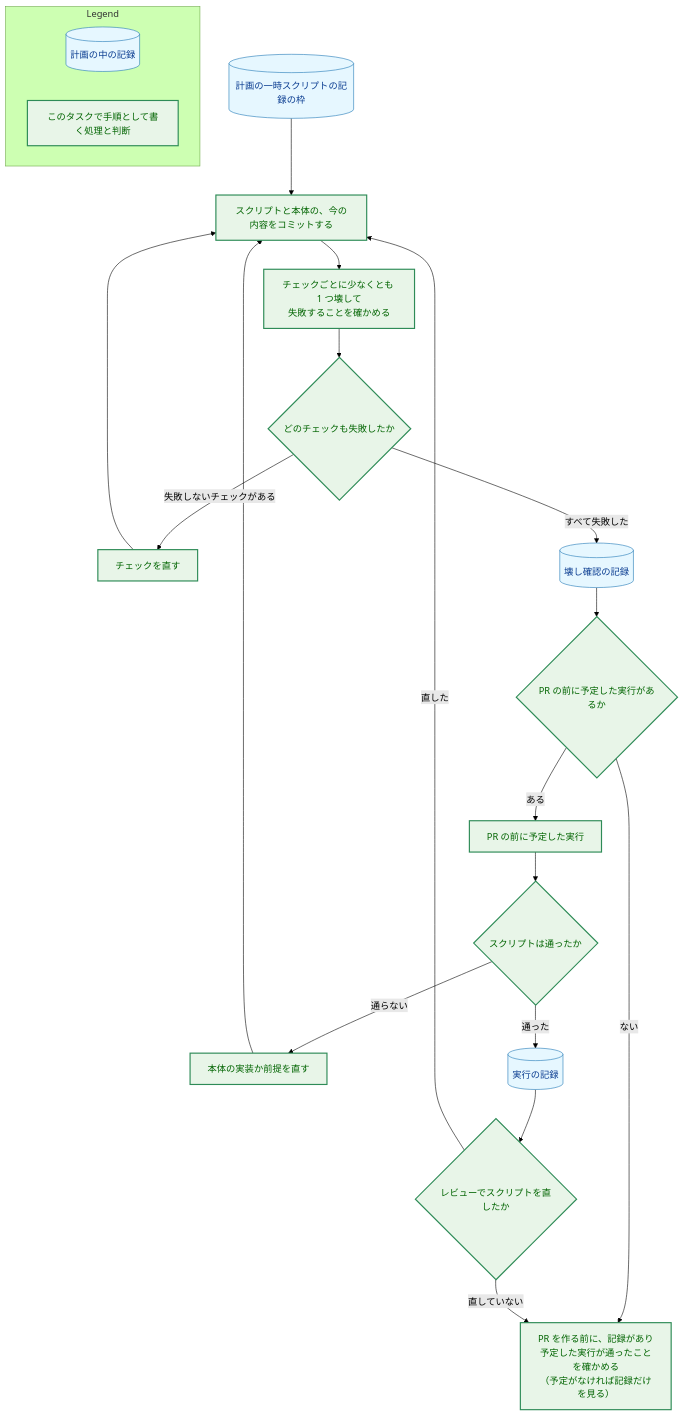
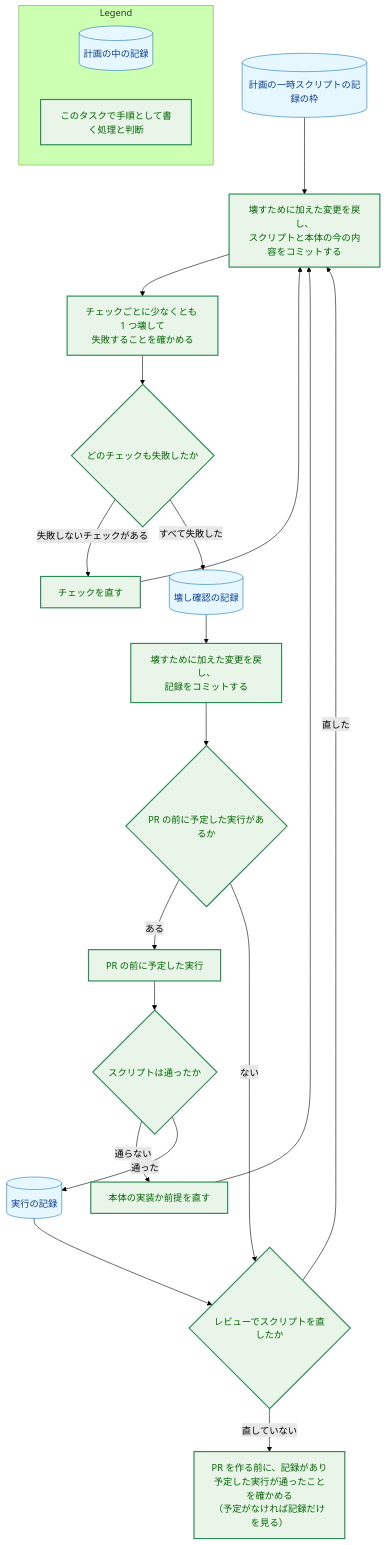
The fourth of 5 diagrams in docs/tasks/0124_checks_proportion/02_architecture.md (isseis/yt2column), drawn with Mermaid (forest theme) before and after one commit. The commit also changed other lines of this file, not shown here.

First line of the commit message:
docs(0124): complete the record flow in the architecture

````diff
--- a/docs/tasks/0124_checks_proportion/02_architecture.md
+++ b/docs/tasks/0124_checks_proportion/02_architecture.md
@@ -441,39 +441,40 @@
 ```mermaid
 flowchart TD
     classDef data fill:#e6f7ff,stroke:#1f77b4,stroke-width:1px,color:#0b3d91;
     classDef enhanced fill:#e8f5e8,stroke:#2e8b57,stroke-width:2px,color:#006400;
 
     SLOT[("計画の一時スクリプトの記録の枠")]
-    WRITE["スクリプトと本体の、今の内容をコミットする"]
+    WRITE["壊すために加えた変更を戻し、<br>スクリプトと本体の今の内容をコミットする"]
     BREAK["チェックごとに少なくとも 1 つ壊して<br>失敗することを確かめる"]
     FAIL{"どのチェックも失敗したか"}
     FIX["チェックを直す"]
     BREC[("壊し確認の記録")]
+    REC["壊すために加えた変更を戻し、<br>記録をコミットする"]
     PRE{"PR の前に予定した実行があるか"}
     RUN["PR の前に予定した実行"]
     PASS{"スクリプトは通ったか"}
     IMPL["本体の実装か前提を直す"]
     RREC[("実行の記録")]
     REVIEW{"レビューでスクリプトを直したか"}
     CHECK["PR を作る前に、記録があり<br>予定した実行が通ったことを確かめる<br>（予定がなければ記録だけを見る）"]
 
     SLOT --> WRITE --> BREAK --> FAIL
     FAIL -->|"失敗しないチェックがある"| FIX --> WRITE
-    FAIL -->|"すべて失敗した"| BREC --> PRE
+    FAIL -->|"すべて失敗した"| BREC --> REC --> PRE
     PRE -->|"ある"| RUN --> PASS
-    PRE -->|"ない"| CHECK
+    PRE -->|"ない"| REVIEW
     PASS -->|"通らない"| IMPL --> WRITE
     PASS -->|"通った"| RREC --> REVIEW
     REVIEW -->|"直した"| WRITE
     REVIEW -->|"直していない"| CHECK
 
     class SLOT,BREC,RREC data
-    class WRITE,BREAK,FAIL,FIX,PRE,RUN,PASS,IMPL,REVIEW,CHECK enhanced
+    class WRITE,BREAK,FAIL,FIX,REC,PRE,RUN,PASS,IMPL,REVIEW,CHECK enhanced
 
     subgraph Legend["Legend"]
         L1[("計画の中の記録")]
         L2["このタスクで手順として書く処理と判断"]
     end
     class L1 data
     class L2 enhanced
 ```
````
